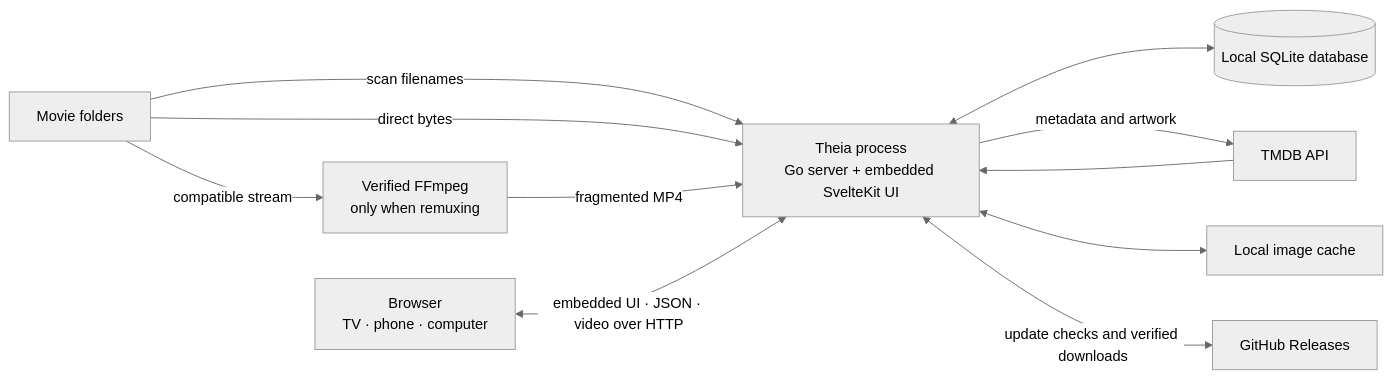
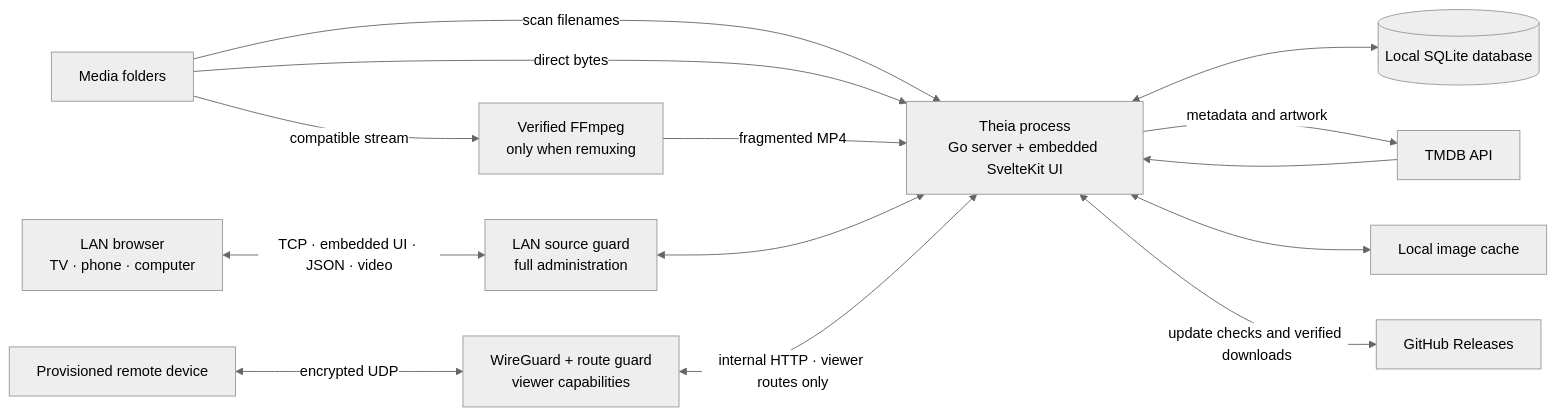
The diagram in README.md (Benitoow/theia-media), drawn with Mermaid (neutral theme) before and after one commit. The commit also changed other lines of this file and 4 other files, not shown here.

````diff
--- a/README.md
+++ b/README.md
@@ -221,22 +241,28 @@
 ```mermaid
 flowchart LR
-    Movies["Movie folders"]
-    Browser["Browser<br/>TV · phone · computer"]
+    Movies["Media folders"]
+    LANBrowser["LAN browser<br/>TV · phone · computer"]
+    RemoteDevice["Provisioned remote device"]
+    LANGuard["LAN source guard<br/>full administration"]
+    RemoteGuard["WireGuard + route guard<br/>viewer capabilities"]
     Theia["Theia process<br/>Go server + embedded SvelteKit UI"]
     DB[("Local SQLite database")]
     Cache["Local image cache"]
     FFmpeg["Verified FFmpeg<br/>only when remuxing"]
     TMDB["TMDB API"]
     GitHub["GitHub Releases"]
 
     Movies -->|"scan filenames"| Theia
     Theia <--> DB
     Theia -->|"metadata and artwork"| TMDB
     TMDB --> Theia
     Theia <--> Cache
     Movies -->|"direct bytes"| Theia
     Movies -->|"compatible stream"| FFmpeg
     FFmpeg -->|"fragmented MP4"| Theia
-    Browser <-->|"embedded UI · JSON · video over HTTP"| Theia
+    LANBrowser <-->|"TCP · embedded UI · JSON · video"| LANGuard
+    LANGuard <--> Theia
+    RemoteDevice <-->|"encrypted UDP"| RemoteGuard
+    RemoteGuard <-->|"internal HTTP · viewer routes only"| Theia
     Theia <-->|"update checks and verified downloads"| GitHub
 ```
````
